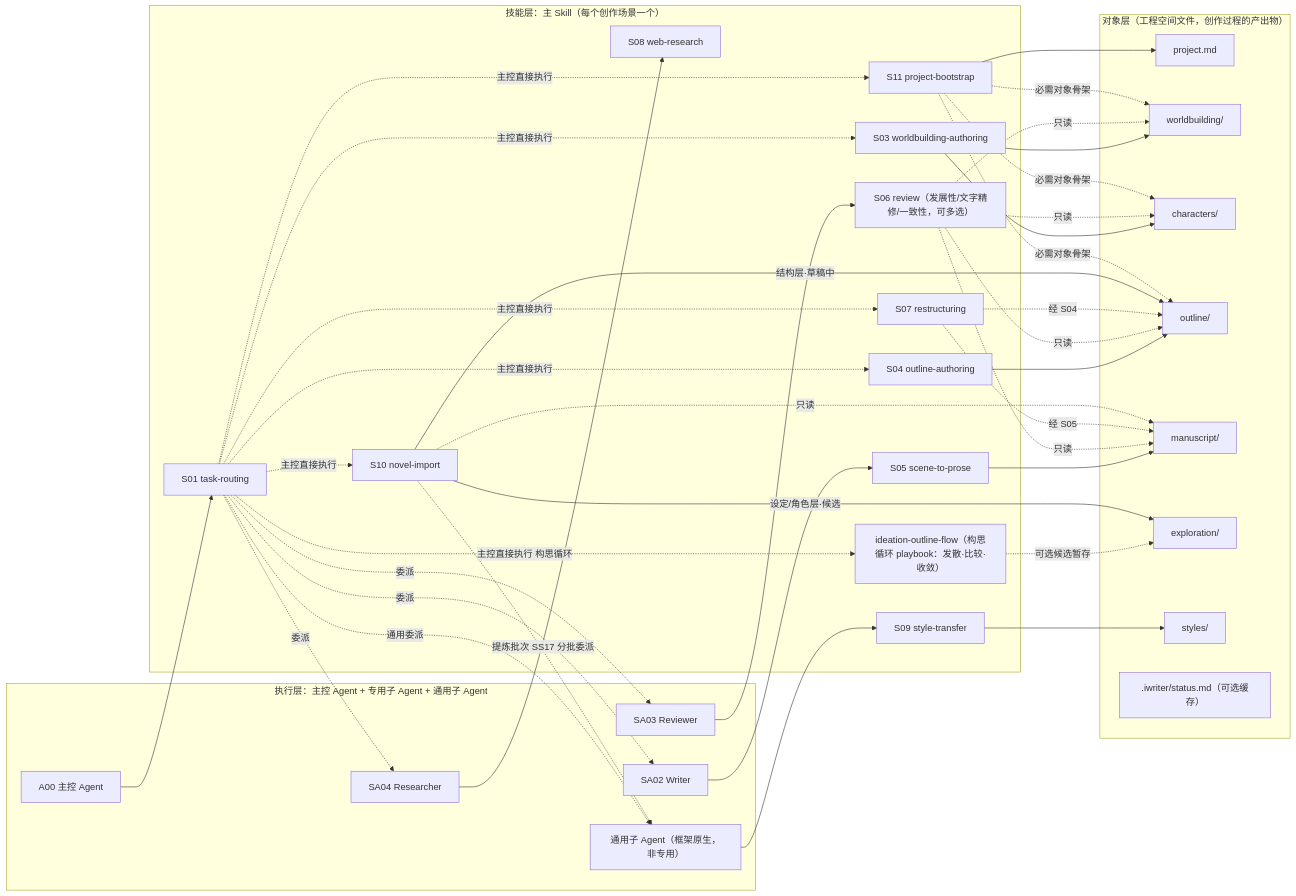
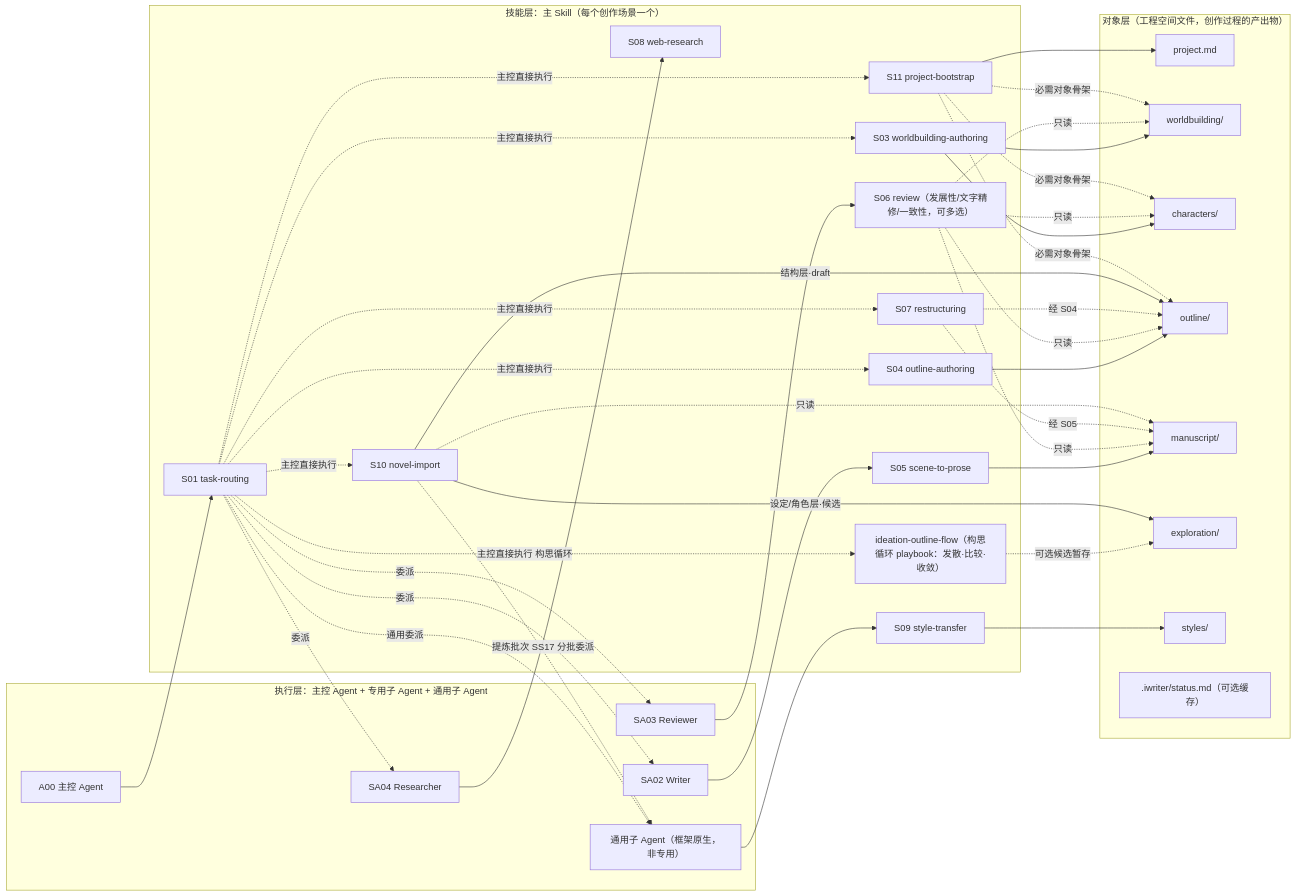
The second of 2 diagrams in design/creativeagent phase 2/03. 小说创作搭子｜AI Story Buddy：概要设计.md (map9/iWriter), drawn with Mermaid before and after one commit. The commit also changed other lines of this file and 35 other files, not shown here.

````diff
--- a/design/creativeagent phase 2/03. 小说创作搭子｜AI Story Buddy：概要设计.md
+++ b/design/creativeagent phase 2/03. 小说创作搭子｜AI Story Buddy：概要设计.md
@@ -260,73 +260,73 @@
 ```mermaid
 flowchart LR
   subgraph 对象层["对象层（工程空间文件，创作过程的产出物）"]
     F1["project.md"]
     F2["worldbuilding/"]
     F3["characters/"]
     F4["outline/"]
     F5["manuscript/"]
     F6["exploration/"]
     F7["styles/"]
     F9[".iwriter/status.md（可选缓存）"]
   end
 
   subgraph 技能层["技能层：主 Skill（每个创作场景一个）"]
     S01["S01 task-routing"]
     S02["ideation-outline-flow（构思循环 playbook：发散·比较·收敛）"]
     S03["S03 worldbuilding-authoring"]
     S04["S04 outline-authoring"]
     S05["S05 scene-to-prose"]
     S06["S06 review（发展性/文字精修/一致性，可多选）"]
     S07["S07 restructuring"]
     S08["S08 web-research"]
     S09["S09 style-transfer"]
     S10["S10 novel-import"]
     S11["S11 project-bootstrap"]
   end
 
   subgraph 执行层["执行层：主控 Agent + 专用子 Agent + 通用子 Agent"]
     A00["A00 主控 Agent"]
     SA02["SA02 Writer"]
     SA03["SA03 Reviewer"]
     SA04["SA04 Researcher"]
     GP["通用子 Agent（框架原生，非专用）"]
   end
 
   A00 --> S01
   S01 -.->|主控直接执行 构思循环| S02
   S01 -.->|委派| SA02
   S01 -.->|委派| SA03
   S01 -.->|委派| SA04
   S01 -.->|通用委派| GP
   S01 -.->|主控直接执行| S03
   S01 -.->|主控直接执行| S04
   S01 -.->|主控直接执行| S07
   S01 -.->|主控直接执行| S10
   S01 -.->|主控直接执行| S11
 
   SA02 --> S05
   SA03 --> S06
   SA04 --> S08
   GP --> S09
   S10 -.->|提炼批次 SS17 分批委派| GP
 
   S02 -.->|可选候选暂存| F6
   S03 --> F2
   S03 --> F3
   S04 --> F4
   S05 --> F5
   S06 -.->|只读| F5
   S06 -.->|只读| F4
   S06 -.->|只读| F3
   S06 -.->|只读| F2
   S07 -.->|经 S04| F4
   S07 -.->|经 S05| F5
   S09 --> F7
   S10 -.->|只读| F5
-  S10 -->|结构层·草稿中| F4
+  S10 -->|结构层·draft| F4
   S10 -->|设定/角色层·候选| F6
   S11 --> F1
   S11 -.->|必需对象骨架| F2
   S11 -.->|必需对象骨架| F3
   S11 -.->|必需对象骨架| F4
 ```
````
